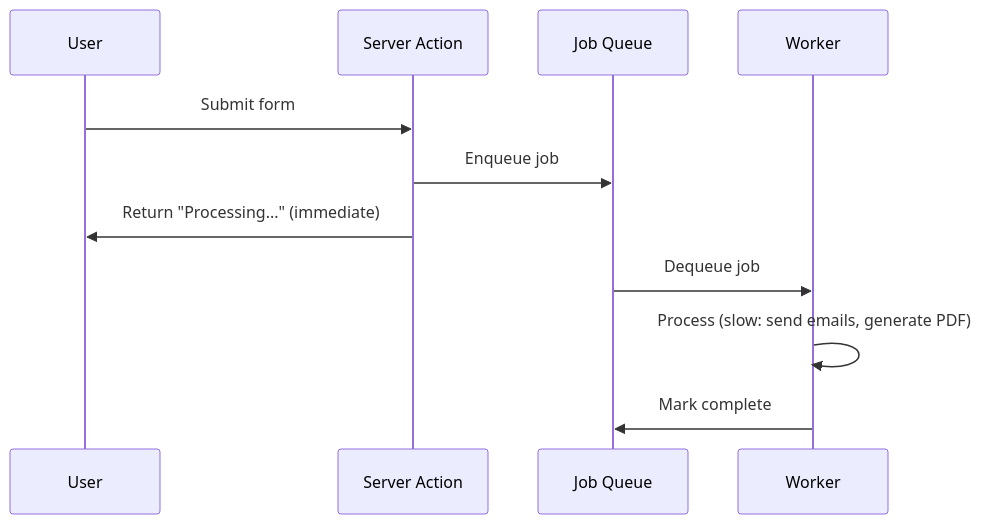
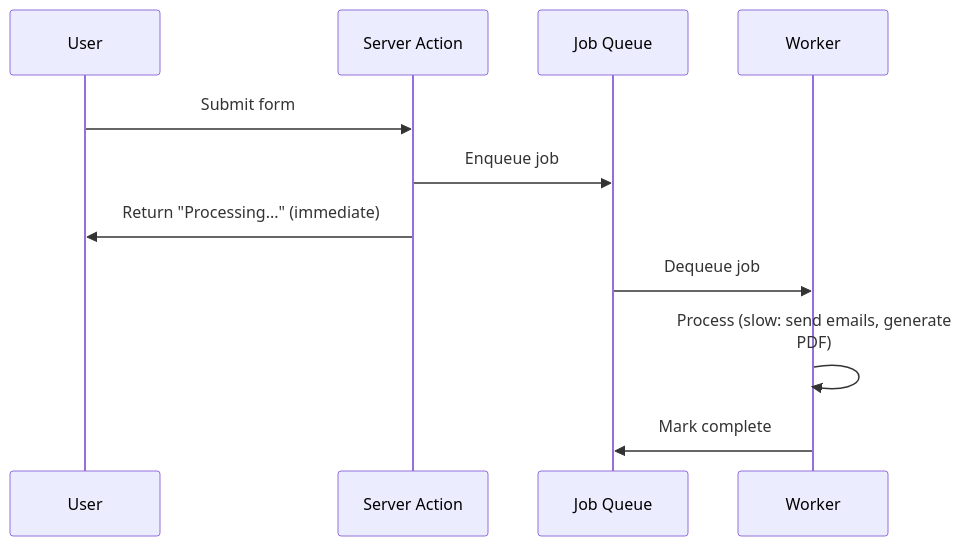
Before and after one commit to wahidyankf/baseerah: the tenth of 12 diagrams in apps/ayokoding-web/content/en/learn/software-engineering/platforms/web/tools/fe-nextjs/by-example/advanced.md, drawn with Mermaid. The commit also changed other lines of this file and 17 other files, not shown here.

First line of the commit message:
fix(ci): scope pre-push mermaid check to governance + docs dirs

````diff
--- a/apps/ayokoding-web/content/en/learn/software-engineering/platforms/web/tools/fe-nextjs/by-example/advanced.md
+++ b/apps/ayokoding-web/content/en/learn/software-engineering/platforms/web/tools/fe-nextjs/by-example/advanced.md
@@ -2116,15 +2116,15 @@
 ```mermaid
 %% Color Palette: Blue #0173B2, Orange #DE8F05, Teal #029E73, Purple #CC78BC, Brown #CA9161
 sequenceDiagram
   participant U as User
   participant SA as Server Action
   participant Q as Job Queue
   participant W as Worker
 
   U->>SA: Submit form
   SA->>Q: Enqueue job
   SA->>U: Return "Processing..." (immediate)
   Q->>W: Dequeue job
-  W->>W: Process (slow: send emails, generate PDF)
+  W->>W: Process (slow: send emails, generate<br/>PDF)
   W->>Q: Mark complete
 ```
````
